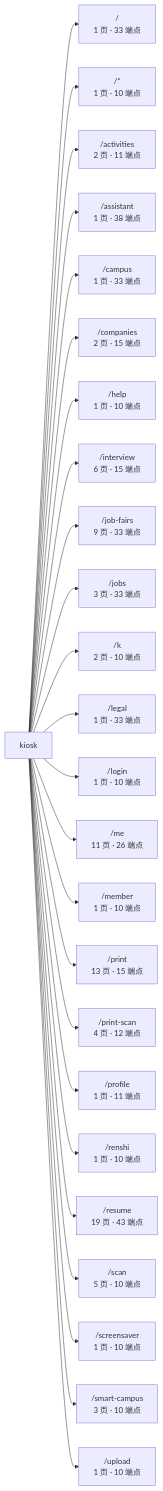
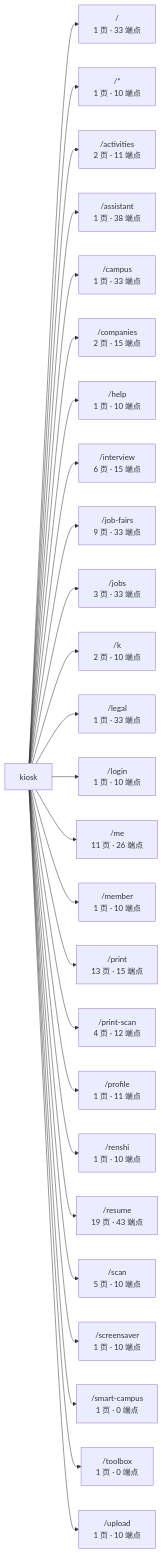
The first of 3 diagrams in docs/graph/routes.md (wanglei581/YITIJI), drawn with Mermaid before and after one commit. The commit also changed other lines of this file and 5 other files, not shown here.

Commit message:
停放门禁补列能力校验模块（只被停放的两个 hook 与两个区页引用）；图谱重生成

````diff
--- a/docs/graph/routes.md
+++ b/docs/graph/routes.md
@@ -17,28 +17,29 @@
 ```mermaid
 flowchart LR
   app["kiosk"]
   app --> _root_["/<br/>1 页 · 33 端点"]
   app --> _["/*<br/>1 页 · 10 端点"]
   app --> activities["/activities<br/>2 页 · 11 端点"]
   app --> assistant["/assistant<br/>1 页 · 38 端点"]
   app --> campus["/campus<br/>1 页 · 33 端点"]
   app --> companies["/companies<br/>2 页 · 15 端点"]
   app --> help["/help<br/>1 页 · 10 端点"]
   app --> interview["/interview<br/>6 页 · 15 端点"]
   app --> job_fairs["/job-fairs<br/>9 页 · 33 端点"]
   app --> jobs["/jobs<br/>3 页 · 33 端点"]
   app --> k["/k<br/>2 页 · 10 端点"]
   app --> legal["/legal<br/>1 页 · 33 端点"]
   app --> login["/login<br/>1 页 · 10 端点"]
   app --> me["/me<br/>11 页 · 26 端点"]
   app --> member["/member<br/>1 页 · 10 端点"]
   app --> print["/print<br/>13 页 · 15 端点"]
   app --> print_scan["/print-scan<br/>4 页 · 12 端点"]
   app --> profile["/profile<br/>1 页 · 11 端点"]
   app --> renshi["/renshi<br/>1 页 · 10 端点"]
   app --> resume["/resume<br/>19 页 · 43 端点"]
   app --> scan["/scan<br/>5 页 · 10 端点"]
   app --> screensaver["/screensaver<br/>1 页 · 10 端点"]
-  app --> smart_campus["/smart-campus<br/>3 页 · 10 端点"]
+  app --> smart_campus["/smart-campus<br/>1 页 · 0 端点"]
+  app --> toolbox["/toolbox<br/>1 页 · 0 端点"]
   app --> upload["/upload<br/>1 页 · 10 端点"]
 ```
````
